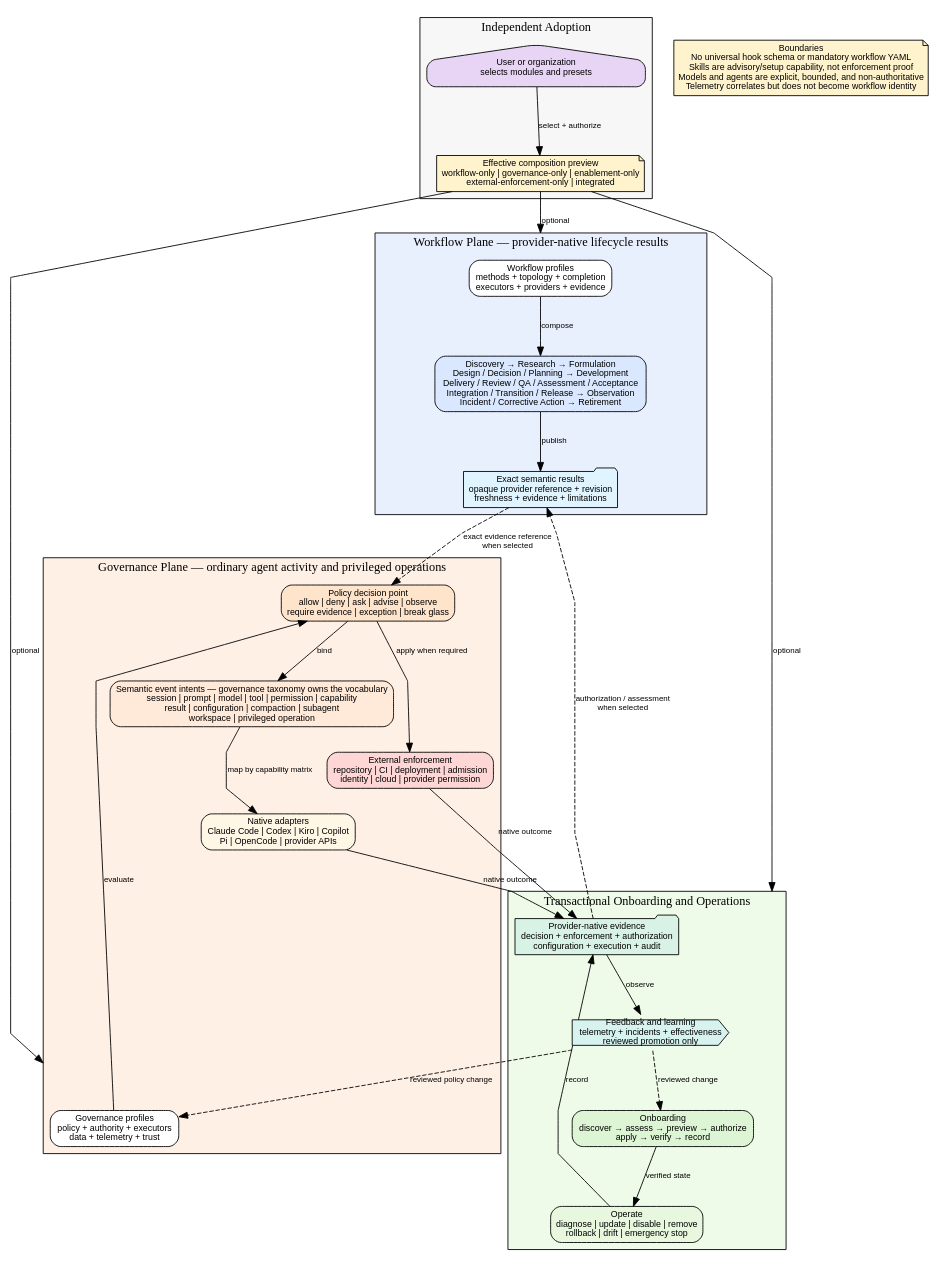
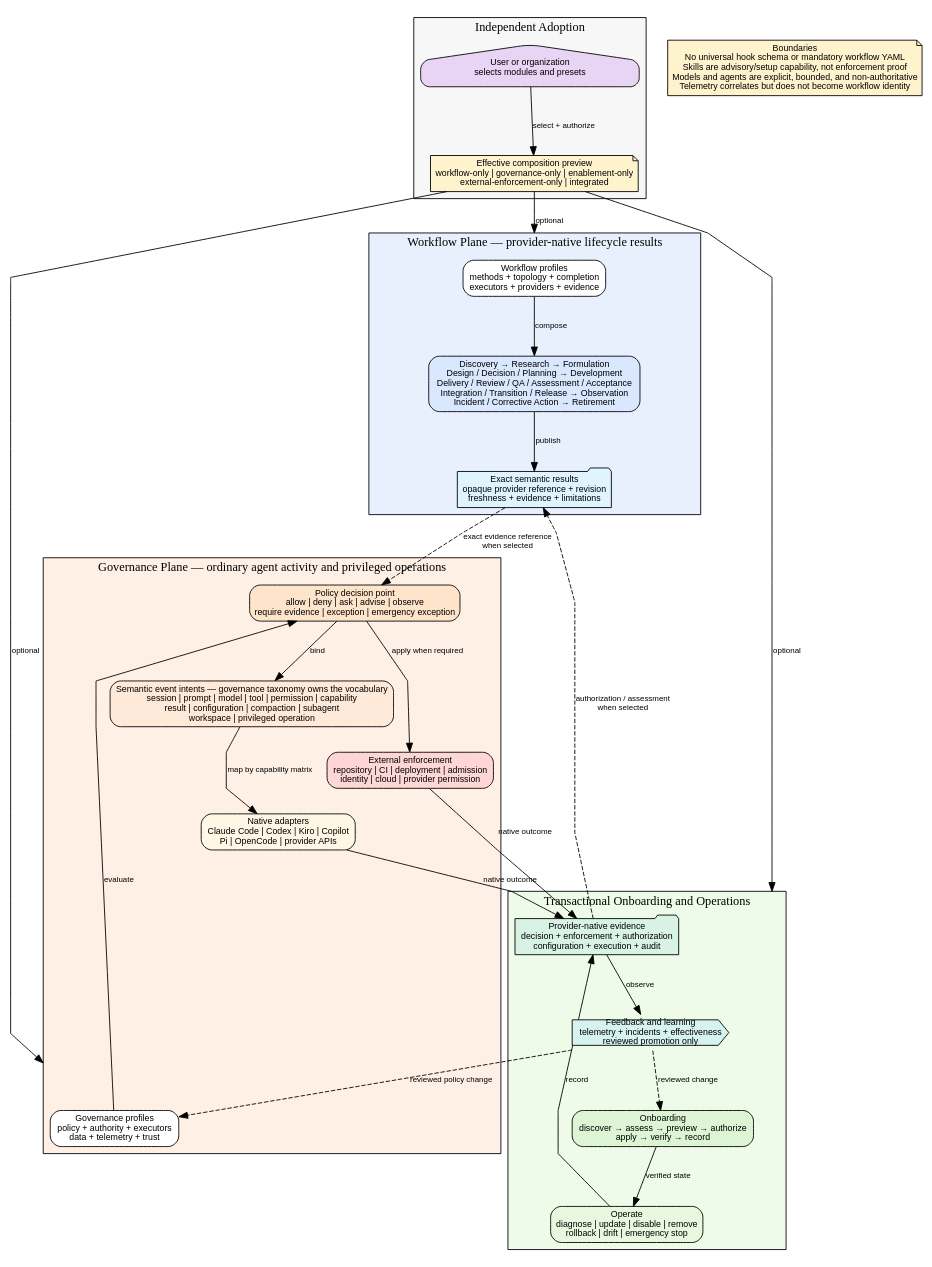
Before and after one commit to xonovex/platform: the diagram in packages/diagram/diagram-agent-workflow/workflow-diagram.dot, drawn with Graphviz. The commit also changed 45 other files, not shown here.

First line of the commit message:
refactor: rename break-glass to emergency-exception

```diff
--- a/packages/diagram/diagram-agent-workflow/workflow-diagram.dot
+++ b/packages/diagram/diagram-agent-workflow/workflow-diagram.dot
@@ -1,80 +1,80 @@
 digraph ComposableWorkflow {
   rankdir=TB;
   compound=true;
   newrank=true;
   splines=polyline;
   nodesep=0.45;
   ranksep=0.8;
 
   node [shape=box, style="rounded,filled", fillcolor=white, fontname="Arial", fontsize=10];
   edge [fontname="Arial", fontsize=9];
 
   subgraph cluster_adoption {
     label="Independent Adoption";
     style=filled;
     fillcolor="#f7f7f7";
 
     profile [label="Effective composition preview\nworkflow-only | governance-only | enablement-only\nexternal-enforcement-only | integrated", shape=note, fillcolor="#fff3cd"];
     user [label="User or organization\nselects modules and presets", shape=house, fillcolor="#e8d5f5"];
     user -> profile [label="select + authorize"];
   }
 
   subgraph cluster_workflow {
     label="Workflow Plane — provider-native lifecycle results";
     style=filled;
     fillcolor="#e8f0fe";
 
     lifecycle [label="Discovery → Research → Formulation\nDesign / Decision / Planning → Development\nDelivery / Review / QA / Assessment / Acceptance\nIntegration / Transition / Release → Observation\nIncident / Corrective Action → Retirement", fillcolor="#d9e8ff"];
     workflow_profiles [label="Workflow profiles\nmethods + topology + completion\nexecutors + providers + evidence"];
     results [label="Exact semantic results\nopaque provider reference + revision\nfreshness + evidence + limitations", shape=folder, fillcolor="#dff4ff"];
 
     workflow_profiles -> lifecycle [label="compose"];
     lifecycle -> results [label="publish"];
   }
 
   subgraph cluster_governance {
     label="Governance Plane — ordinary agent activity and privileged operations";
     style=filled;
     fillcolor="#fff0e6";
 
     governance_profiles [label="Governance profiles\npolicy + authority + executors\ndata + telemetry + trust"];
-    decisions [label="Policy decision point\nallow | deny | ask | advise | observe\nrequire evidence | exception | break glass", fillcolor="#ffe4cc"];
+    decisions [label="Policy decision point\nallow | deny | ask | advise | observe\nrequire evidence | exception | emergency exception", fillcolor="#ffe4cc"];
     intents [label="Semantic event intents — governance taxonomy owns the vocabulary\nsession | prompt | model | tool | permission | capability\nresult | configuration | compaction | subagent\nworkspace | privileged operation", fillcolor="#ffe9d9"];
     native [label="Native adapters\nClaude Code | Codex | Kiro | Copilot\nPi | OpenCode | provider APIs", fillcolor="#fff7e6"];
     enforcement [label="External enforcement\nrepository | CI | deployment | admission\nidentity | cloud | provider permission", fillcolor="#ffd6d6"];
 
     governance_profiles -> decisions [label="evaluate"];
     decisions -> intents [label="bind"];
     intents -> native [label="map by capability matrix"];
     decisions -> enforcement [label="apply when required"];
   }
 
   subgraph cluster_enablement {
     label="Transactional Onboarding and Operations";
     style=filled;
     fillcolor="#eefbe8";
 
     onboarding [label="Onboarding\ndiscover → assess → preview → authorize\napply → verify → record", fillcolor="#ddf5d5"];
     operation [label="Operate\ndiagnose | update | disable | remove\nrollback | drift | emergency stop", fillcolor="#e8f8df"];
     evidence [label="Provider-native evidence\ndecision + enforcement + authorization\nconfiguration + execution + audit", shape=folder, fillcolor="#d9f2e6"];
     feedback [label="Feedback and learning\ntelemetry + incidents + effectiveness\nreviewed promotion only", shape=cds, fillcolor="#d7f3f0"];
 
     onboarding -> operation [label="verified state"];
     operation -> evidence [label="record"];
     evidence -> feedback [label="observe"];
     feedback -> onboarding [label="reviewed change", style=dashed];
   }
 
   profile -> workflow_profiles [label="optional", lhead=cluster_workflow];
   profile -> governance_profiles [label="optional", lhead=cluster_governance];
   profile -> onboarding [label="optional", lhead=cluster_enablement];
 
   results -> decisions [label="exact evidence reference\nwhen selected", style=dashed];
   native -> evidence [label="native outcome"];
   enforcement -> evidence [label="native outcome"];
   evidence -> results [label="authorization / assessment\nwhen selected", style=dashed];
   feedback -> governance_profiles [label="reviewed policy change", style=dashed];
 
   boundary [label="Boundaries\nNo universal hook schema or mandatory workflow YAML\nSkills are advisory/setup capability, not enforcement proof\nModels and agents are explicit, bounded, and non-authoritative\nTelemetry correlates but does not become workflow identity", shape=note, fillcolor="#fff3cd"];
   boundary -> profile [style=invis];
 }
```
